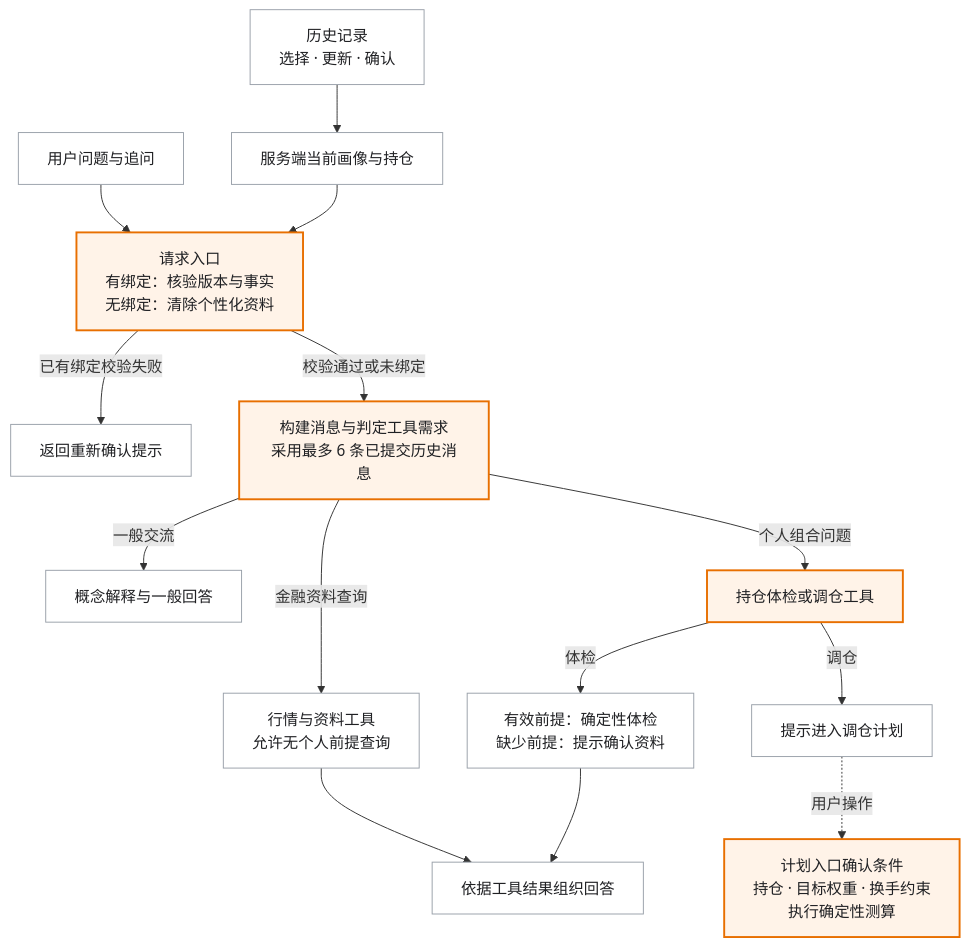
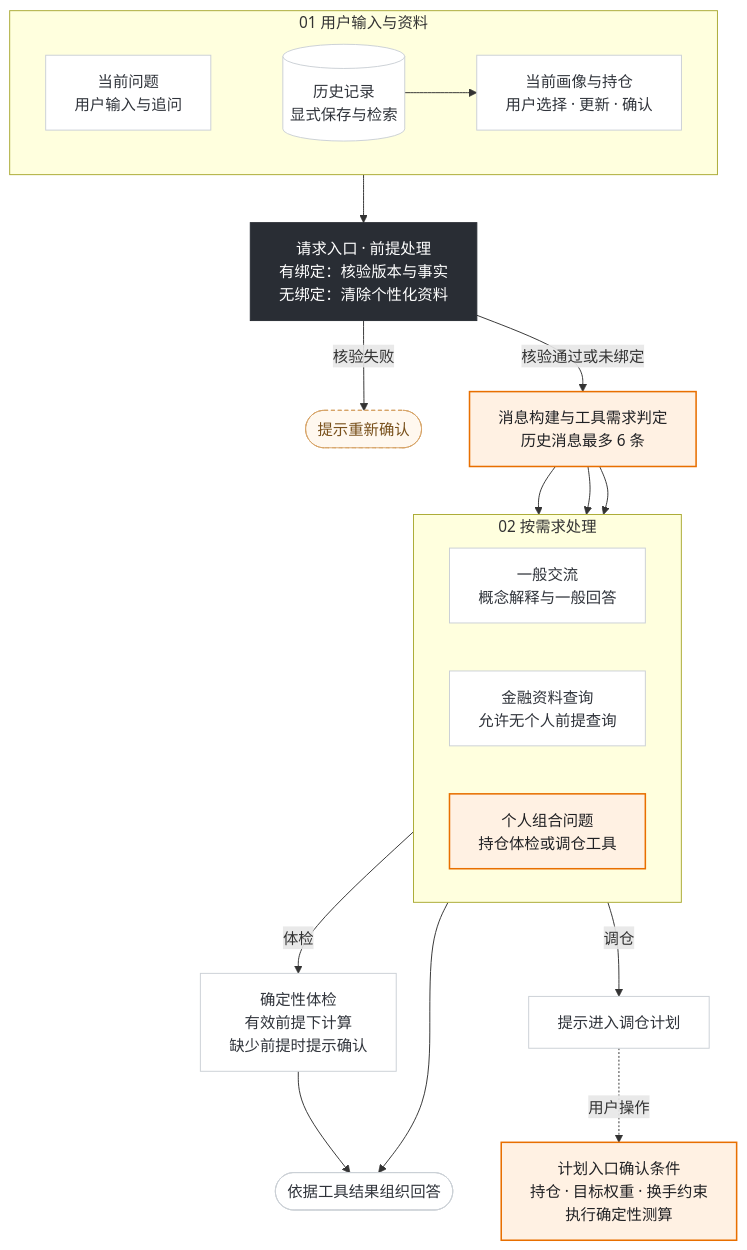
One commit to 1917173927/prism changed the diagram in docs/submission/figures/context-dataflow.mmd. Above: the diagram before and after it, drawn with Mermaid. The commit also changed 15 other files, not shown here.

Commit message:
docs: 优化技术流程图的布局与视觉层级

```diff
--- a/docs/submission/figures/context-dataflow.mmd
+++ b/docs/submission/figures/context-dataflow.mmd
@@ -1,18 +1,34 @@
 flowchart TD
-  user["用户问题与追问"] --> entry["请求入口<br/>有绑定：核验版本与事实<br/>无绑定：清除个性化资料"]
-  saved["历史记录<br/>选择 · 更新 · 确认"] --> profile["服务端当前画像与持仓"]
-  profile --> entry
-  entry -->|已有绑定校验失败| confirm["返回重新确认提示"]
-  entry -->|校验通过或未绑定| route["构建消息与判定工具需求<br/>采用最多 6 条已提交历史消息"]
-  route -->|一般交流| general["概念解释与一般回答"]
-  route -->|金融资料查询| market["行情与资料工具<br/>允许无个人前提查询"]
-  route -->|个人组合问题| personal["持仓体检或调仓工具"]
-  personal -->|体检| health["有效前提：确定性体检<br/>缺少前提：提示确认资料"]
+  subgraph inputs[01  用户输入与资料]
+    direction LR
+    user["当前问题<br/>用户输入与追问"]
+    saved[("历史记录<br/>显式保存与检索")]
+    profile["当前画像与持仓<br/>用户选择 · 更新 · 确认"]
+    user ~~~ saved
+    saved --> profile
+  end
+  inputs --> entry["请求入口 · 前提处理<br/>有绑定：核验版本与事实<br/>无绑定：清除个性化资料"]
+  entry -->|核验失败| confirm(["提示重新确认"])
+  entry -->|核验通过或未绑定| route["消息构建与工具需求判定<br/>历史消息最多 6 条"]
+  subgraph processing[02  按需求处理]
+    direction LR
+    general["一般交流<br/>概念解释与一般回答"]
+    market["金融资料查询<br/>允许无个人前提查询"]
+    personal["个人组合问题<br/>持仓体检或调仓工具"]
+  end
+  route --> general
+  route --> market
+  route --> personal
+  personal -->|体检| health["确定性体检<br/>有效前提下计算<br/>缺少前提时提示确认"]
   personal -->|调仓| guide["提示进入调仓计划"]
   guide -.->|用户操作| plan["计划入口确认条件<br/>持仓 · 目标权重 · 换手约束<br/>执行确定性测算"]
-  market --> grounded["依据工具结果组织回答"]
+  market --> grounded(["依据工具结果组织回答"])
   health --> grounded
-  classDef accent fill:#fff3e8,stroke:#e86f00,color:#202124,stroke-width:2px
-  classDef base fill:#ffffff,stroke:#9aa1aa,color:#202124
-  class entry,route,personal,plan accent
-  class user,general,profile,saved,confirm,market,health,guide,grounded base
+  classDef accent fill:#fff1e3,stroke:#e86f00,color:#202124,stroke-width:1.6px
+  classDef base fill:#ffffff,stroke:#cbd0d6,color:#30343b
+  classDef dark fill:#292d34,stroke:#292d34,color:#ffffff
+  classDef notice fill:#fff8ef,stroke:#d7a467,color:#78501b,stroke-dasharray:4 3
+  class entry dark
+  class route,personal,plan accent
+  class confirm notice
+  class user,general,profile,saved,market,health,guide,grounded base
```
